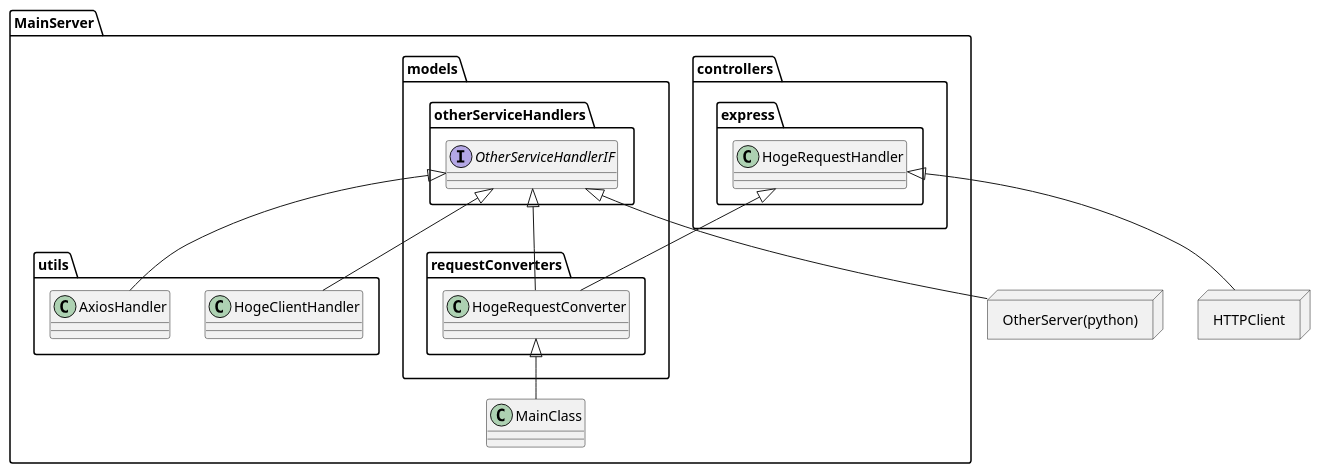
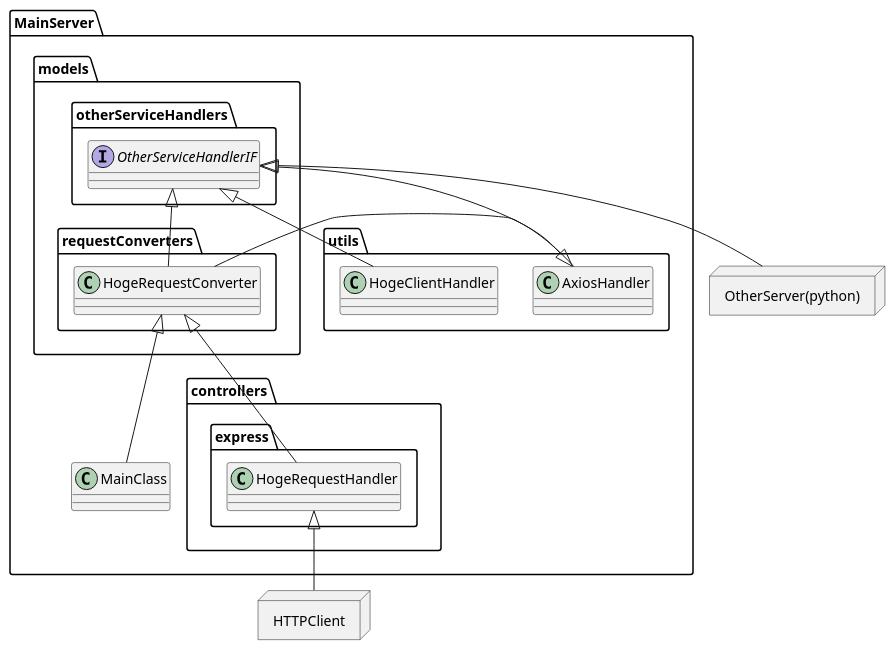
Before and after one commit to Tono-sama/web_ws: the diagram in project001/backend/mainServer/mainServer.md, drawn with PlantUML.

Commit message:
[update] アーキテクチャ更新

````diff
--- a/project001/backend/mainServer/mainServer.md
+++ b/project001/backend/mainServer/mainServer.md
@@ -3,40 +3,41 @@
 ```plantuml
 @startuml
 
 node "HTTPClient" as HTTPClient {
 }
 
 package "MainServer" as MainServer {
     class MainClass
     package controllers {
         package express {
             class HogeRequestHandler
         }
     }
     package models {
         package requestConverters {
             class HogeRequestConverter
         }
         package otherServiceHandlers {
             interface OtherServiceHandlerIF
         }
     }
     package utils {
         class AxiosHandler
         class HogeClientHandler
     }
 }
 
 node "OtherServer(python)" as OtherServer {
 }
 
 HogeRequestConverter <|-- MainClass
-HogeRequestHandler <|-- HogeRequestConverter
+HogeRequestConverter <|-- HogeRequestHandler
 OtherServiceHandlerIF <|-- HogeRequestConverter
+AxiosHandler <|-- HogeRequestConverter
 OtherServiceHandlerIF <|-- OtherServer
 OtherServiceHandlerIF <|-- AxiosHandler
 OtherServiceHandlerIF <|-- HogeClientHandler
 HogeRequestHandler <|-- HTTPClient
 
 @enduml
 ```
````
